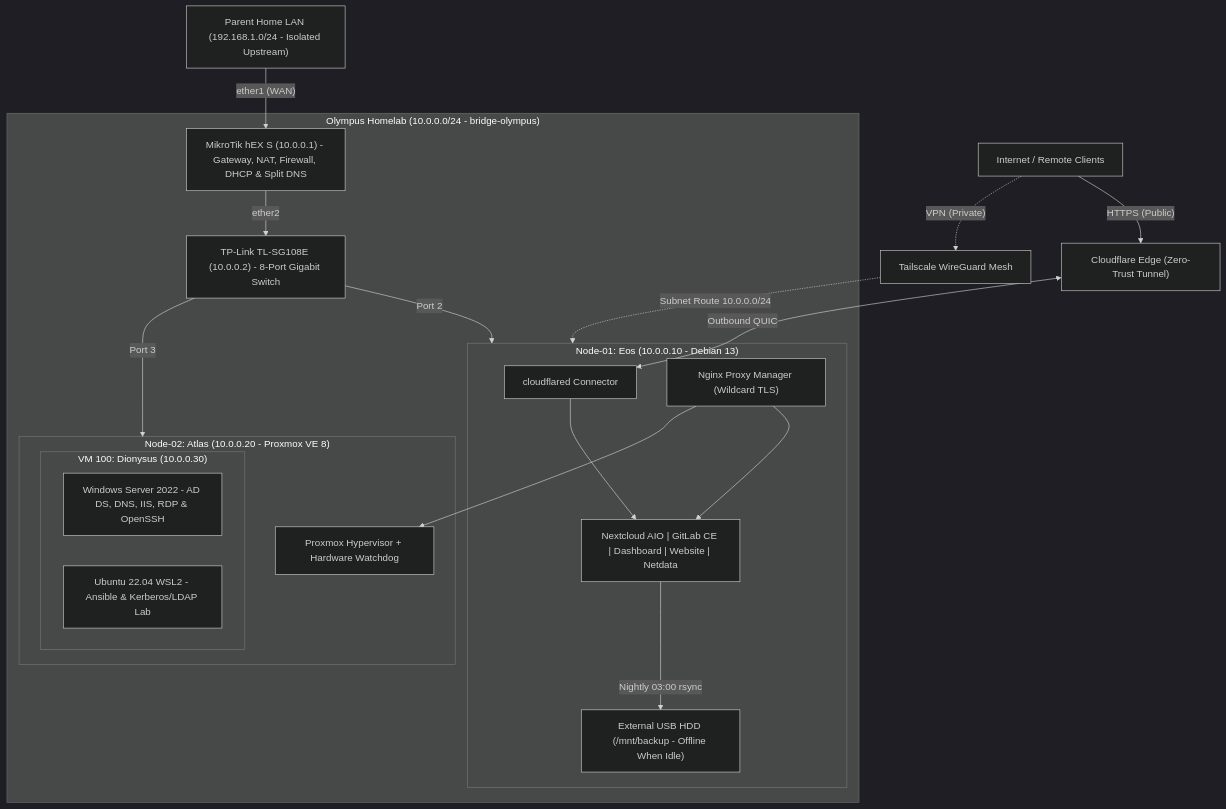
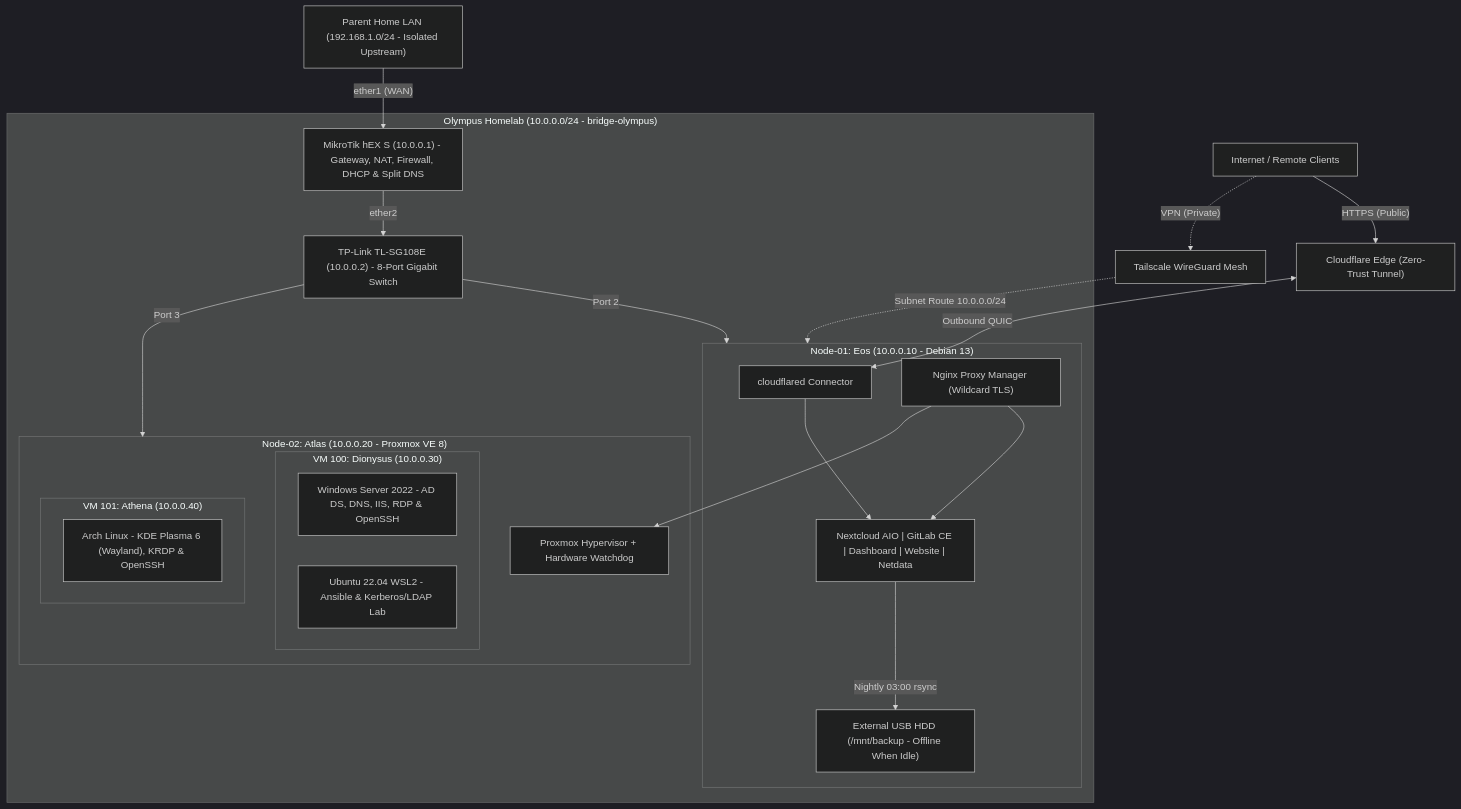
One commit to lukettoOoO/homelab changed the diagram in README.md. Above: the diagram before and after it, drawn with Mermaid (dark theme). The commit also changed other lines of this file and 3 other files, not shown here.

Commit message:
Add VM 101 (`Athena`) documentation and configuration details for Arch Linux deployment, including static DNS setup and remote access setup via KRDP and OpenSSH

````diff
--- a/README.md
+++ b/README.md
@@ -39,40 +40,43 @@
 ```mermaid
 flowchart TB
     Internet["Internet / Remote Clients"]
     CF["Cloudflare Edge (Zero-Trust Tunnel)"]
     TS["Tailscale WireGuard Mesh"]
     ISP["Parent Home LAN (192.168.1.0/24 - Isolated Upstream)"]
 
     subgraph Olympus["Olympus Homelab (10.0.0.0/24 - bridge-olympus)"]
         Router["MikroTik hEX S (10.0.0.1) - Gateway, NAT, Firewall, DHCP & Split DNS"]
         Switch["TP-Link TL-SG108E (10.0.0.2) - 8-Port Gigabit Switch"]
 
         subgraph Node01["Node-01: Eos (10.0.0.10 - Debian 13)"]
             Cloudflared["cloudflared Connector"]
             NPM["Nginx Proxy Manager (Wildcard TLS)"]
             DockerApps["Nextcloud AIO | GitLab CE | Dashboard | Website | Netdata"]
             USB["External USB HDD (/mnt/backup - Offline When Idle)"]
         end
 
         subgraph Node02["Node-02: Atlas (10.0.0.20 - Proxmox VE 8)"]
             PVE["Proxmox Hypervisor + Hardware Watchdog"]
             subgraph VM100["VM 100: Dionysus (10.0.0.30)"]
                 WinSrv["Windows Server 2022 - AD DS, DNS, IIS, RDP & OpenSSH"]
                 WSL["Ubuntu 22.04 WSL2 - Ansible & Kerberos/LDAP Lab"]
             end
+            subgraph VM101["VM 101: Athena (10.0.0.40)"]
+                ArchDesktop["Arch Linux - KDE Plasma 6 (Wayland), KRDP & OpenSSH"]
+            end
         end
     end
 
     Internet -->|"HTTPS (Public)"| CF
     Internet -.->|"VPN (Private)"| TS
     ISP -->|"ether1 (WAN)"| Router
     Router -->|"ether2"| Switch
     Switch -->|"Port 2"| Node01
     Switch -->|"Port 3"| Node02
     CF <-->|"Outbound QUIC"| Cloudflared
     Cloudflared --> DockerApps
     TS -.->|"Subnet Route 10.0.0.0/24"| Node01
     NPM --> DockerApps
     NPM --> PVE
     DockerApps -->|"Nightly 03:00 rsync"| USB
 ```
````
